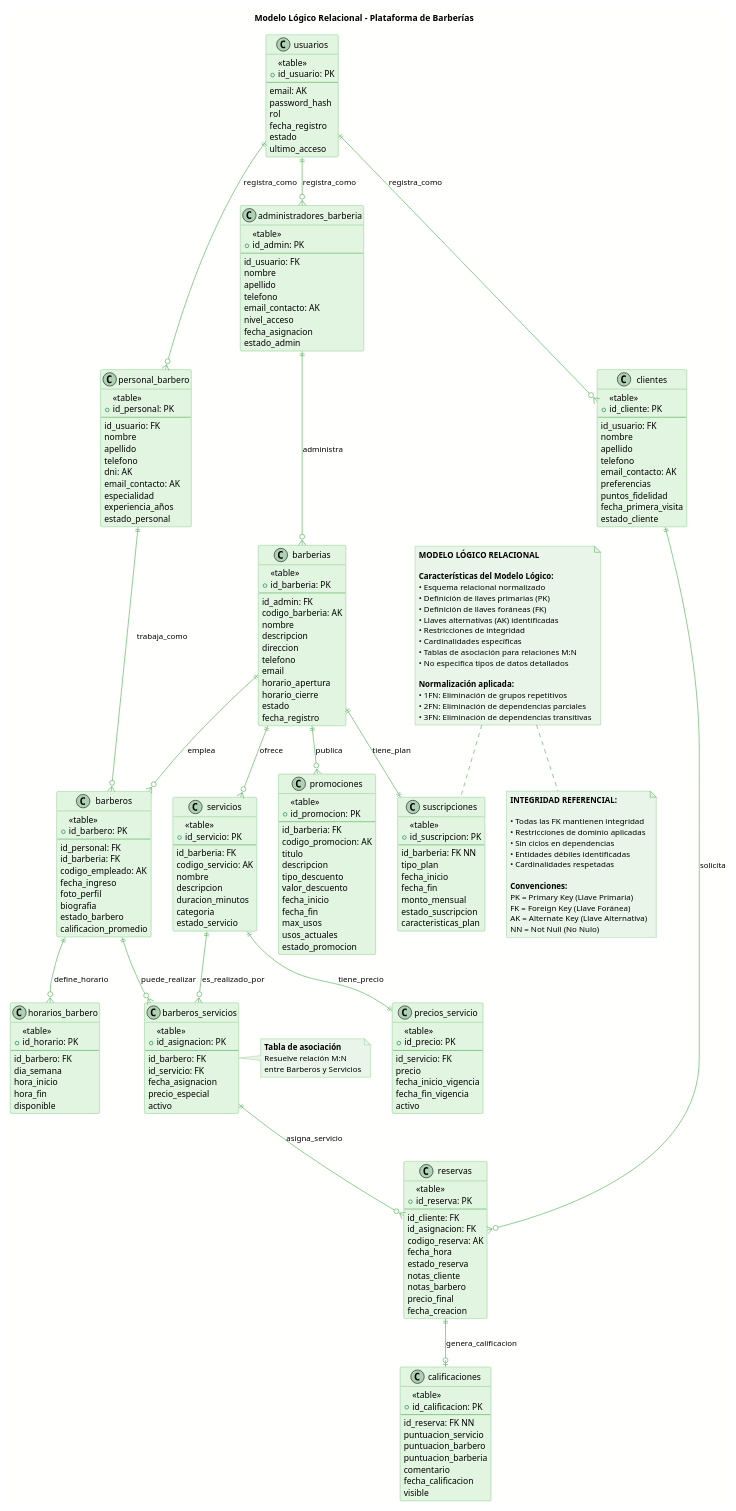
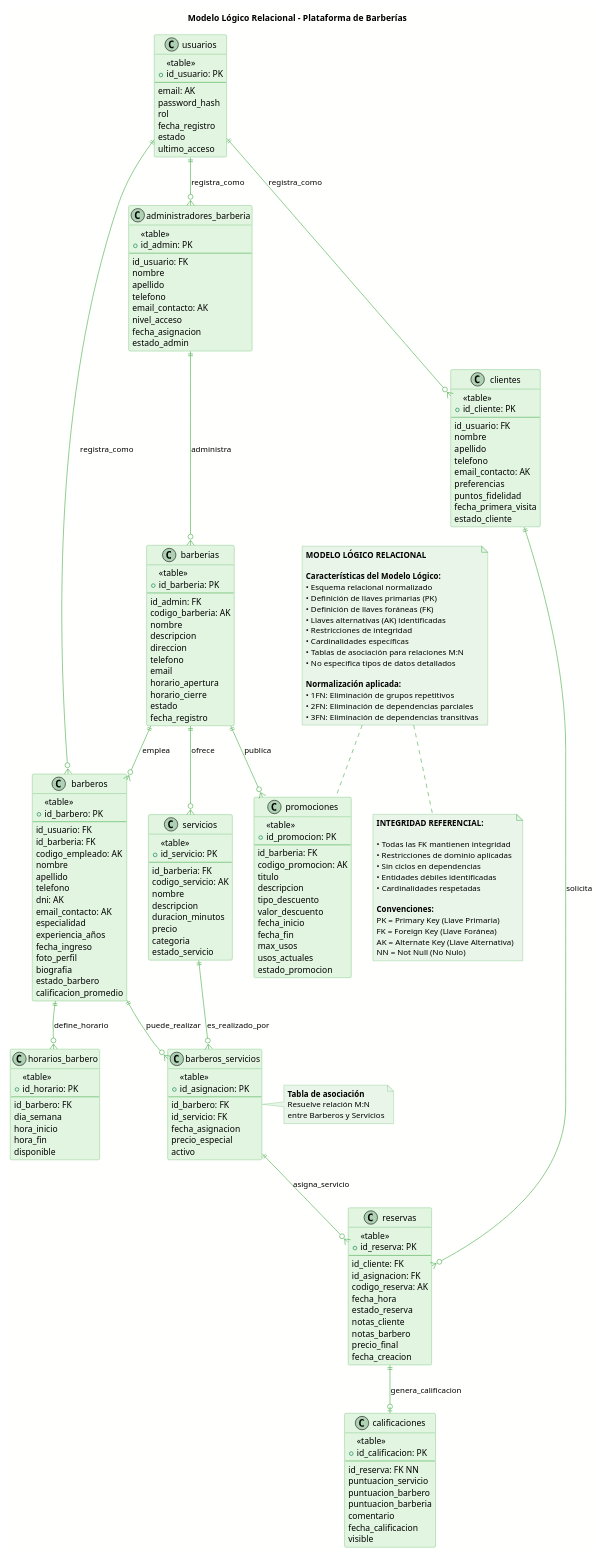
Before and after one commit to tunek12421/Barberias-App: the diagram in Diagramas/Modelados/ModeloLógico.puml, drawn with PlantUML. The commit also changed 3 other files, not shown here.

```diff
--- a/Diagramas/Modelados/ModeloLógico.puml
+++ b/Diagramas/Modelados/ModeloLógico.puml
@@ -54,21 +54,6 @@
     estado_admin
 }
 
-class personal_barbero {
-    <<table>>
-    +id_personal: PK
-    --
-    id_usuario: FK
-    nombre
-    apellido
-    telefono
-    dni: AK
-    email_contacto: AK
-    especialidad
-    experiencia_años
-    estado_personal
-}
-
 class barberias {
     <<table>>
     +id_barberia: PK
@@ -90,9 +75,16 @@
     <<table>>
     +id_barbero: PK
     --
-    id_personal: FK
+    id_usuario: FK
     id_barberia: FK
     codigo_empleado: AK
+    nombre
+    apellido
+    telefono
+    dni: AK
+    email_contacto: AK
+    especialidad
+    experiencia_años
     fecha_ingreso
     foto_perfil
     biografia
@@ -109,19 +101,9 @@
     nombre
     descripcion
     duracion_minutos
+    precio
     categoria
     estado_servicio
-}
-
-class precios_servicio {
-    <<table>>
-    +id_precio: PK
-    --
-    id_servicio: FK
-    precio
-    fecha_inicio_vigencia
-    fecha_fin_vigencia
-    activo
 }
 
 class barberos_servicios {
@@ -196,31 +178,16 @@
     estado_promocion
 }
 
-class suscripciones {
-    <<table>>
-    +id_suscripcion: PK
-    --
-    id_barberia: FK NN
-    tipo_plan
-    fecha_inicio
-    fecha_fin
-    monto_mensual
-    estado_suscripcion
-    caracteristicas_plan
-}
-
 ' === RELACIONES REFERENCIALES ===
 usuarios ||--o{ clientes : "registra_como"
 usuarios ||--o{ administradores_barberia : "registra_como"
-usuarios ||--o{ personal_barbero : "registra_como"
+usuarios ||--o{ barberos : "registra_como"
 
 administradores_barberia ||--o{ barberias : "administra"
 
-personal_barbero ||--o{ barberos : "trabaja_como"
 barberias ||--o{ barberos : "emplea"
 
 barberias ||--o{ servicios : "ofrece"
-servicios ||--|| precios_servicio : "tiene_precio"
 
 barberos ||--o{ barberos_servicios : "puede_realizar"
 servicios ||--o{ barberos_servicios : "es_realizado_por"
@@ -233,7 +200,6 @@
 reservas ||--o| calificaciones : "genera_calificacion"
 
 barberias ||--o{ promociones : "publica"
-barberias ||--|| suscripciones : "tiene_plan"
 
 note top
   **MODELO LÓGICO RELACIONAL**
```
